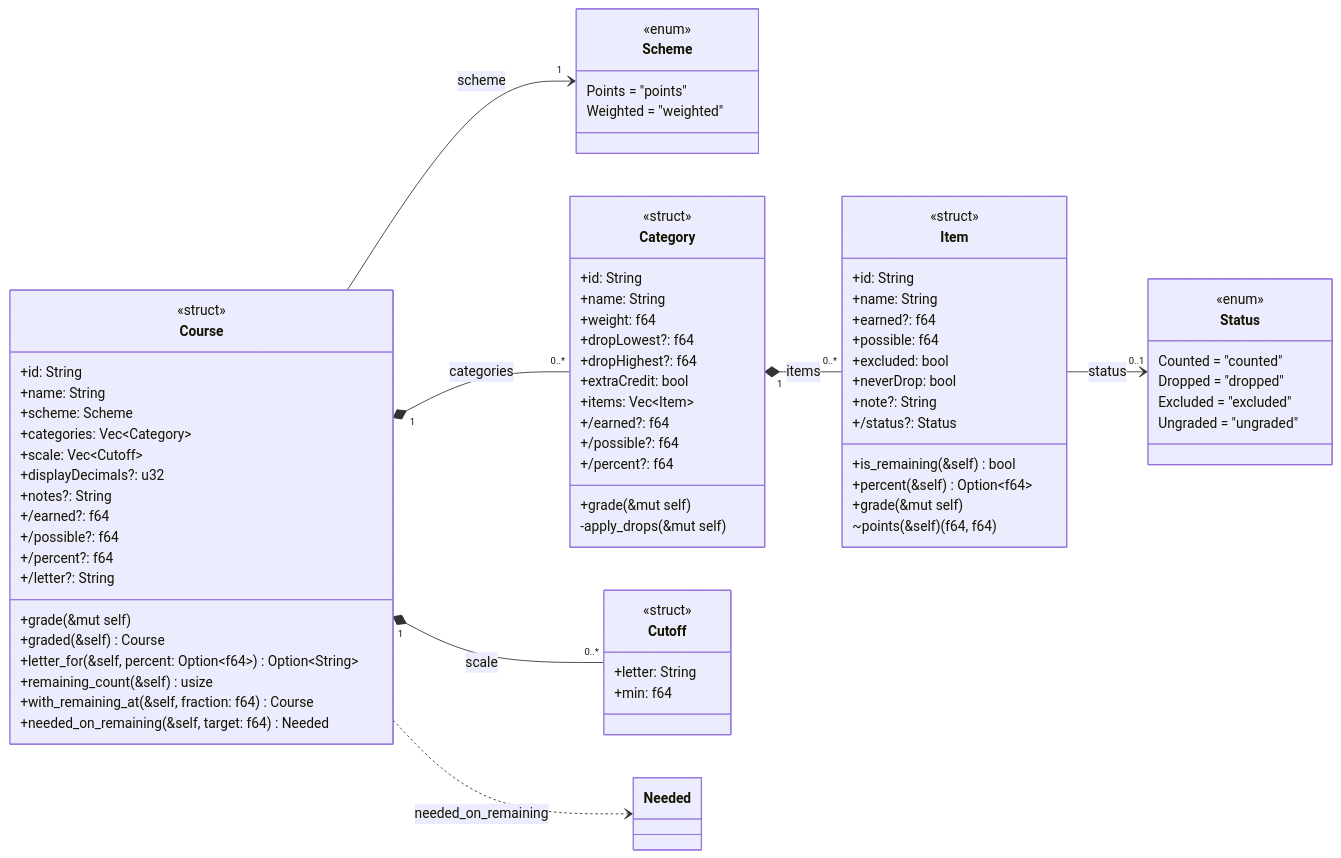
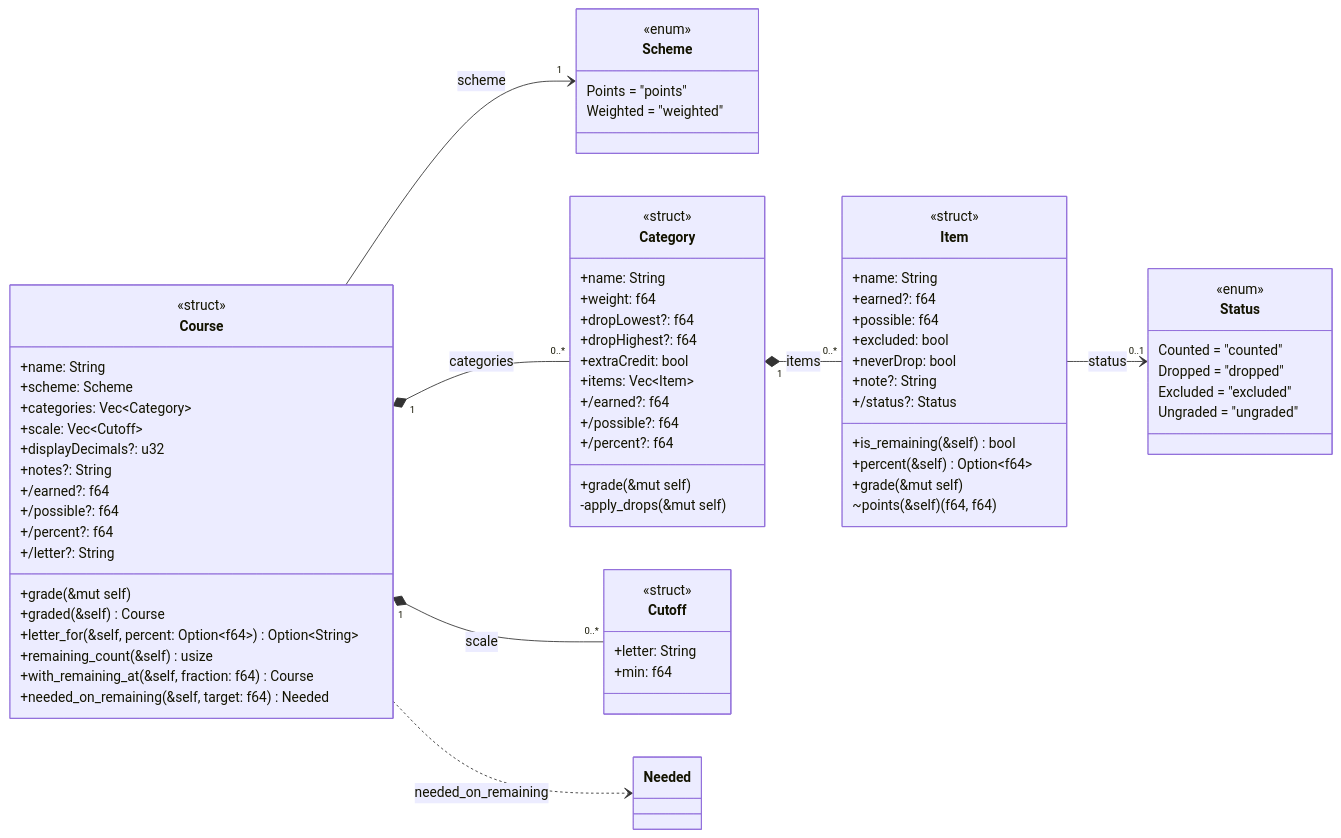
Before and after one commit to Patman1O1/grade-calculator: the second of 9 diagrams in docs/uml.md, drawn with Mermaid. The commit also changed other lines of this file and 21 other files, not shown here.

````diff
--- a/docs/uml.md
+++ b/docs/uml.md
@@ -72,77 +70,74 @@
 ```mermaid
 classDiagram
   direction LR
   class Scheme {
     <<enum>>
     Points = "points"
     Weighted = "weighted"
   }
   class Course {
     <<struct>>
-    +id: String
     +name: String
     +scheme: Scheme
     +categories: Vec~Category~
     +scale: Vec~Cutoff~
     +displayDecimals?: u32
     +notes?: String
     +/earned?: f64
     +/possible?: f64
     +/percent?: f64
     +/letter?: String
     +grade(&mut self)
     +graded(&self) Course
     +letter_for(&self, percent: Option~f64~) Option~String~
     +remaining_count(&self) usize
     +with_remaining_at(&self, fraction: f64) Course
     +needed_on_remaining(&self, target: f64) Needed
   }
   class Category {
     <<struct>>
-    +id: String
     +name: String
     +weight: f64
     +dropLowest?: f64
     +dropHighest?: f64
     +extraCredit: bool
     +items: Vec~Item~
     +/earned?: f64
     +/possible?: f64
     +/percent?: f64
     +grade(&mut self)
     -apply_drops(&mut self)
   }
   class Item {
     <<struct>>
-    +id: String
     +name: String
     +earned?: f64
     +possible: f64
     +excluded: bool
     +neverDrop: bool
     +note?: String
     +/status?: Status
     +is_remaining(&self) bool
     +percent(&self) Option~f64~
     +grade(&mut self)
     ~points(&self) (f64, f64)
   }
   class Cutoff {
     <<struct>>
     +letter: String
     +min: f64
   }
   class Status {
     <<enum>>
     Counted = "counted"
     Dropped = "dropped"
     Excluded = "excluded"
     Ungraded = "ungraded"
   }
   Course "1" *-- "0..*" Category : categories
   Category "1" *-- "0..*" Item : items
   Course "1" *-- "0..*" Cutoff : scale
   Course --> "1" Scheme : scheme
   Item --> "0..1" Status : status
   Course ..> Needed : needed_on_remaining
 ```
````
